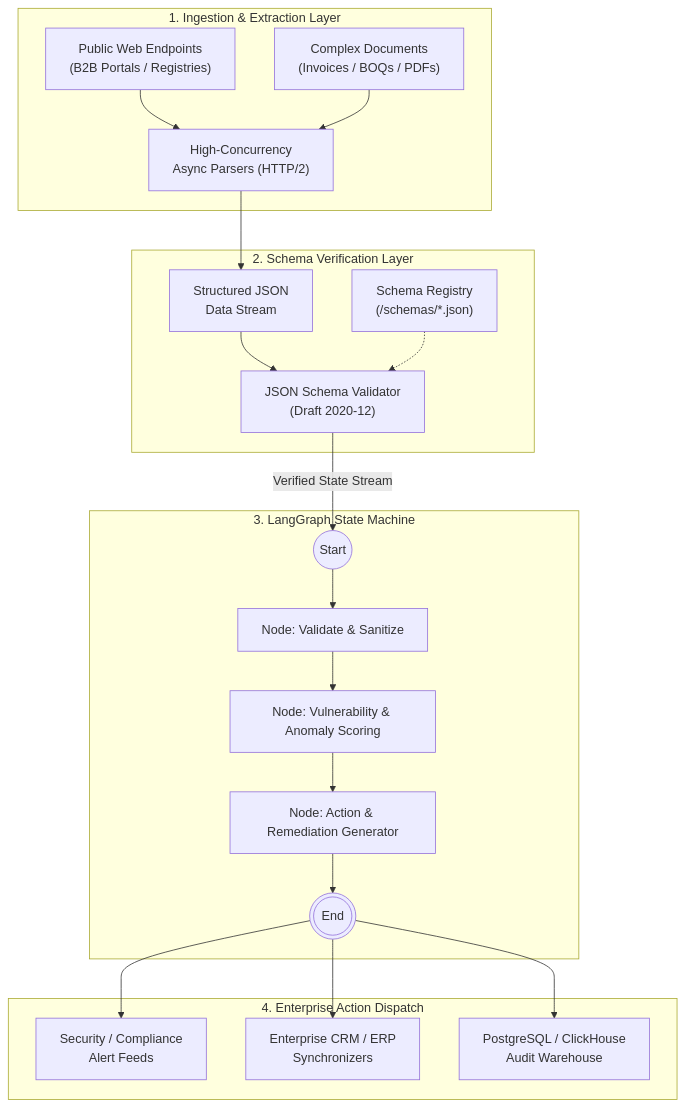
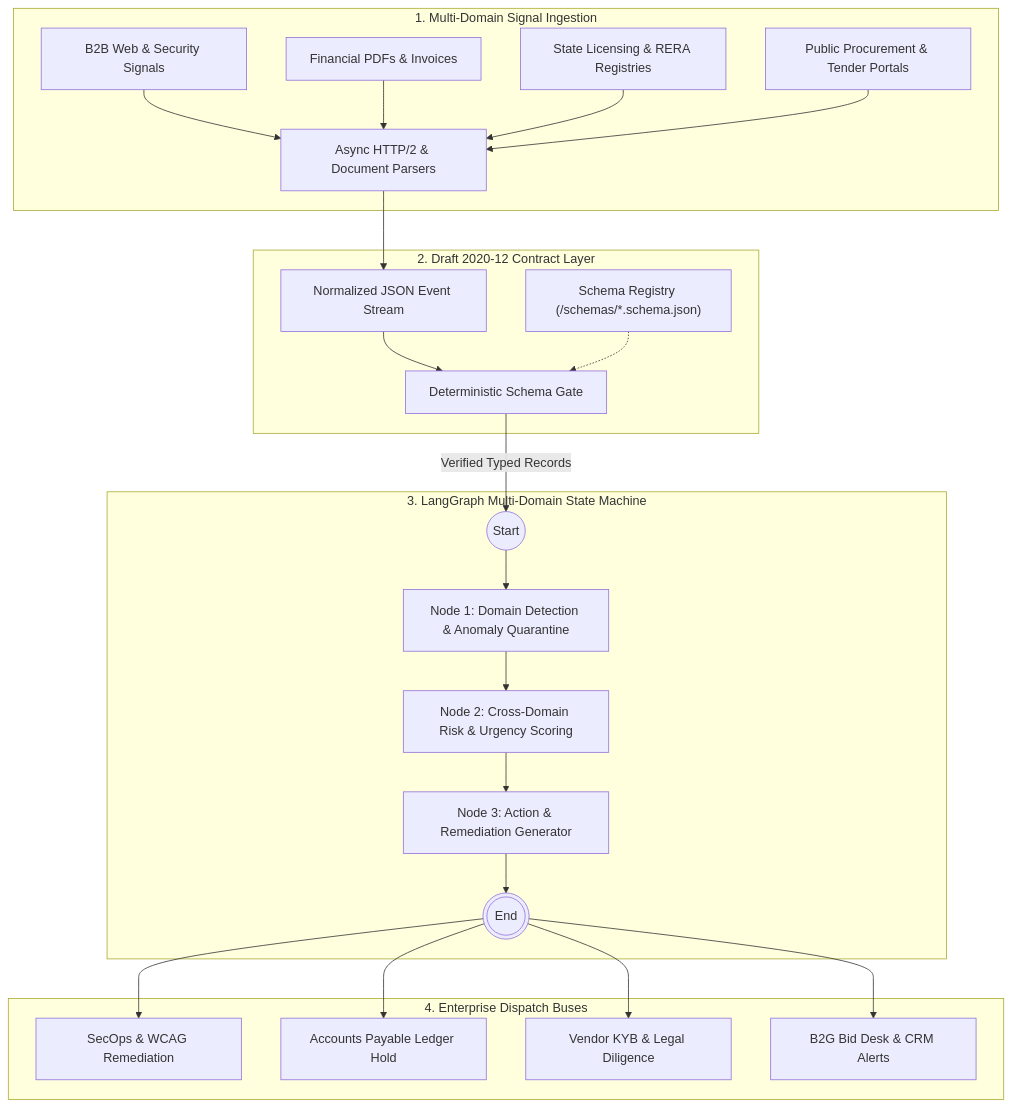
One commit to amanmishra22/agentic-data-engine changed the first of 2 diagrams in README.md. Above: the diagram before and after it, drawn with Mermaid. The commit also changed other lines of this file and 5 other files, not shown here.

Commit message:
feat: expand Draft 2020-12 schemas and LangGraph triage engine across 5 enterprise domains

````diff
--- a/README.md
+++ b/README.md
@@ -16,40 +16,46 @@
 ```mermaid
 flowchart TD
-    subgraph INGESTION["1. Ingestion & Extraction Layer"]
-        RAW_WEB["Public Web Endpoints\n(B2B Portals / Registries)"]
-        DOC_SRC["Complex Documents\n(Invoices / BOQs / PDFs)"]
-        EXTRACTOR["High-Concurrency\nAsync Parsers (HTTP/2)"]
-        
-        RAW_WEB --> EXTRACTOR
-        DOC_SRC --> EXTRACTOR
+    subgraph INGESTION["1. Multi-Domain Signal Ingestion"]
+        WEB_SRC["B2B Web & Security Signals"]
+        FIN_DOC["Financial PDFs & Invoices"]
+        KYB_REG["State Licensing & RERA Registries"]
+        PROC_FEED["Public Procurement & Tender Portals"]
+        PARSER["Async HTTP/2 & Document Parsers"]
+
+        WEB_SRC --> PARSER
+        FIN_DOC --> PARSER
+        KYB_REG --> PARSER
+        PROC_FEED --> PARSER
     end
 
-    subgraph NORMALIZATION["2. Schema Verification Layer"]
-        JSON_FEED["Structured JSON\nData Stream"]
-        VALIDATOR["JSON Schema Validator\n(Draft 2020-12)"]
-        SCHEMA_STORE["Schema Registry\n(/schemas/*.json)"]
-        
-        EXTRACTOR --> JSON_FEED
-        JSON_FEED --> VALIDATOR
-        SCHEMA_STORE -.-> VALIDATOR
+    subgraph NORMALIZATION["2. Draft 2020-12 Contract Layer"]
+        STREAM["Normalized JSON Event Stream"]
+        VALIDATOR["Deterministic Schema Gate"]
+        REGISTRY["Schema Registry (/schemas/*.schema.json)"]
+
+        PARSER --> STREAM
+        STREAM --> VALIDATOR
+        REGISTRY -.-> VALIDATOR
     end
 
-    subgraph REASONING["3. LangGraph State Machine"]
-        START((Start)) --> NODE_VAL["Node: Validate & Sanitize"]
-        NODE_VAL --> NODE_RISK["Node: Vulnerability & Anomaly Scoring"]
-        NODE_RISK --> NODE_DISPATCH["Node: Action & Remediation Generator"]
+    subgraph REASONING["3. LangGraph Multi-Domain State Machine"]
+        START((Start)) --> NODE_VAL["Node 1: Domain Detection & Anomaly Quarantine"]
+        NODE_VAL --> NODE_RISK["Node 2: Cross-Domain Risk & Urgency Scoring"]
+        NODE_RISK --> NODE_DISPATCH["Node 3: Action & Remediation Generator"]
         NODE_DISPATCH --> FINISH(((End)))
     end
 
-    subgraph OUTPUT["4. Enterprise Action Dispatch"]
-        ALERT["Security / Compliance\nAlert Feeds"]
-        CRM["Enterprise CRM / ERP\nSynchronizers"]
-        AUDIT_DB["PostgreSQL / ClickHouse\nAudit Warehouse"]
-        
-        FINISH --> ALERT
-        FINISH --> CRM
-        FINISH --> AUDIT_DB
+    subgraph OUTPUT["4. Enterprise Dispatch Buses"]
+        SECOPS["SecOps & WCAG Remediation"]
+        AP_HOLD["Accounts Payable Ledger Hold"]
+        KYB_DESK["Vendor KYB & Legal Diligence"]
+        BID_DESK["B2G Bid Desk & CRM Alerts"]
+
+        FINISH --> SECOPS
+        FINISH --> AP_HOLD
+        FINISH --> KYB_DESK
+        FINISH --> BID_DESK
     end
 
-    VALIDATOR -->|"Verified State Stream"| START
+    VALIDATOR -->|"Verified Typed Records"| START
 ```
````
